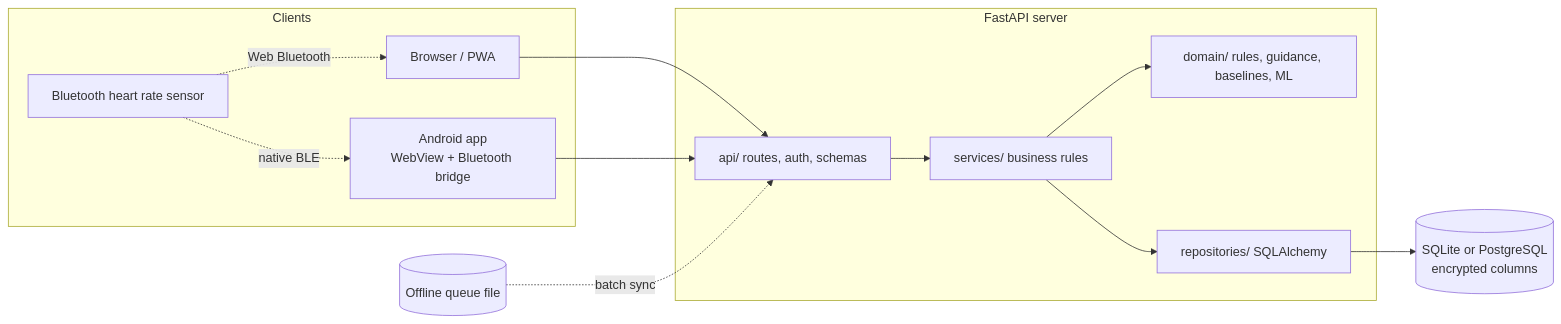
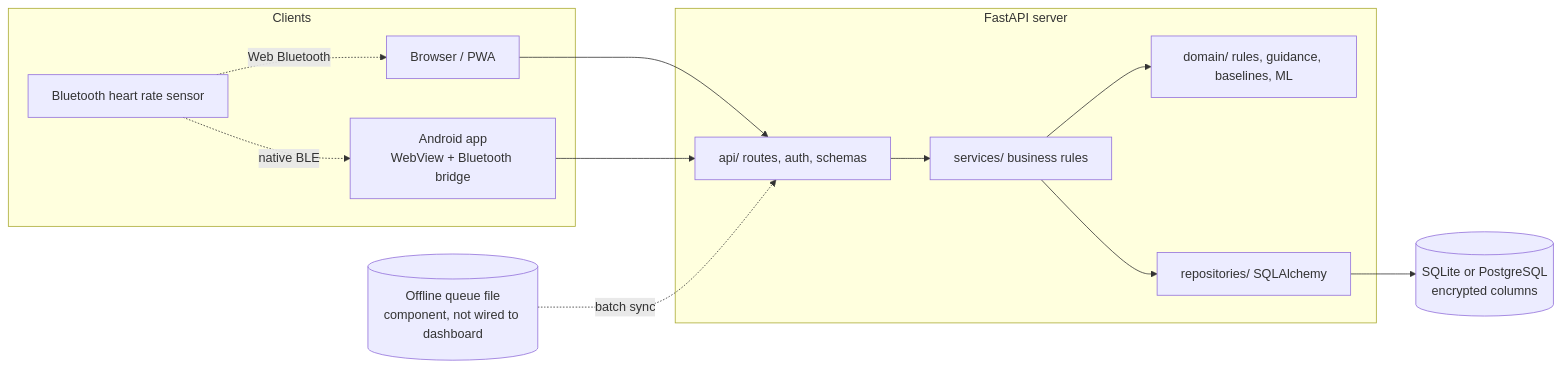
One commit to ZainulAbideen647425/Health-Monitoring-Software-for-Astronauts-on-Space-Missions changed the first of 5 diagrams in docs/system_design.md. Above: the diagram before and after it, drawn with Mermaid. The commit also changed other lines of this file and 6 other files, not shown here.

````diff
--- a/docs/system_design.md
+++ b/docs/system_design.md
@@ -11,23 +11,23 @@
 ```mermaid
 flowchart LR
     subgraph Clients
         B[Browser / PWA]
         A[Android app<br/>WebView + Bluetooth bridge]
         S[Bluetooth heart rate sensor]
     end
     subgraph Server["FastAPI server"]
         API[api/ routes, auth, schemas]
         SV[services/ business rules]
         DM[domain/ rules, guidance, baselines, ML]
         RP[repositories/ SQLAlchemy]
     end
     DB[(SQLite or PostgreSQL<br/>encrypted columns)]
-    Q[(Offline queue file)]
+    Q[(Offline queue file<br/>component, not wired to dashboard)]
     B --> API
     A --> API
     S -. Web Bluetooth .-> B
     S -. native BLE .-> A
     API --> SV --> DM
     SV --> RP --> DB
     Q -. batch sync .-> API
 ```
````
